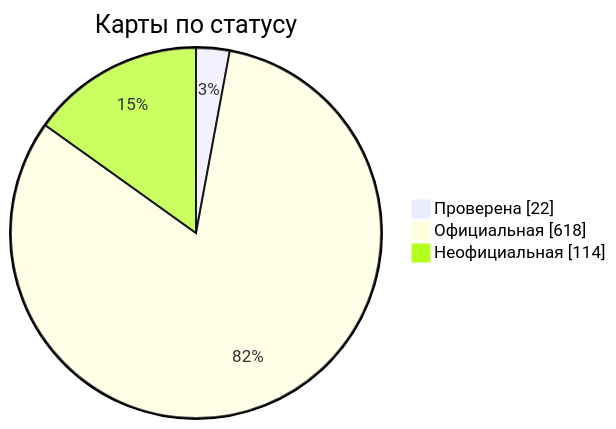
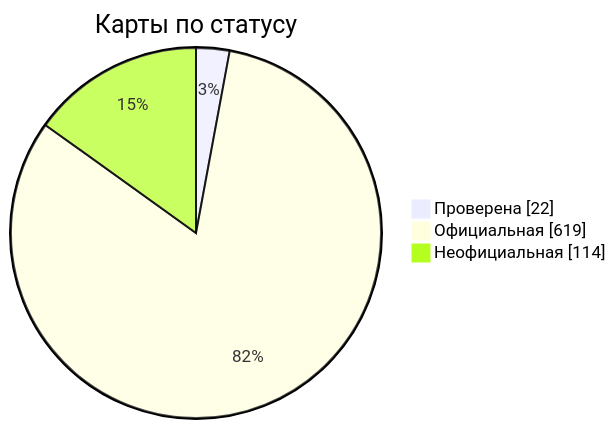
Before and after one commit to nobrega8/mbmap-library: the diagram in docs/readme/README_RU.md, drawn with Mermaid. The commit also changed 6 other files, not shown here.

````diff
--- a/docs/readme/README_RU.md
+++ b/docs/readme/README_RU.md
@@ -54,7 +54,7 @@
 ```mermaid
 pie showData
     title Карты по статусу
     "Проверена" : 22
-    "Официальная" : 618
+    "Официальная" : 619
     "Неофициальная" : 114
 ```
````
